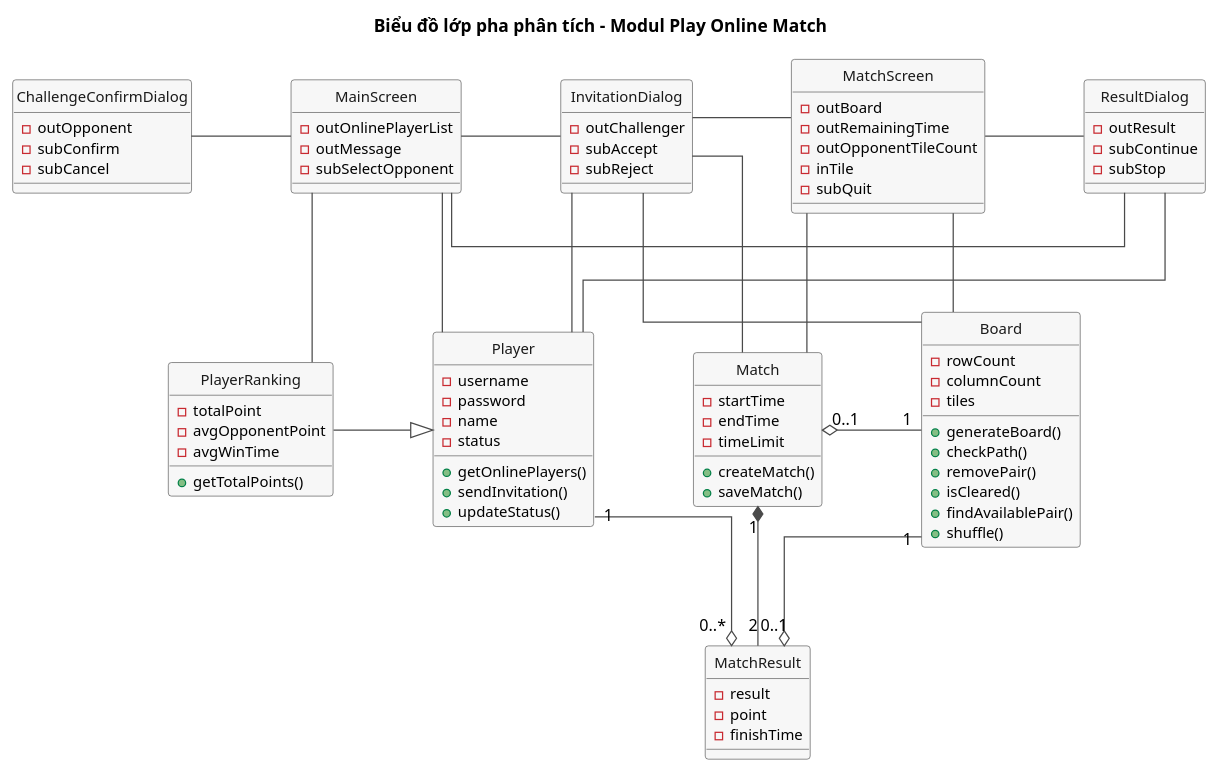
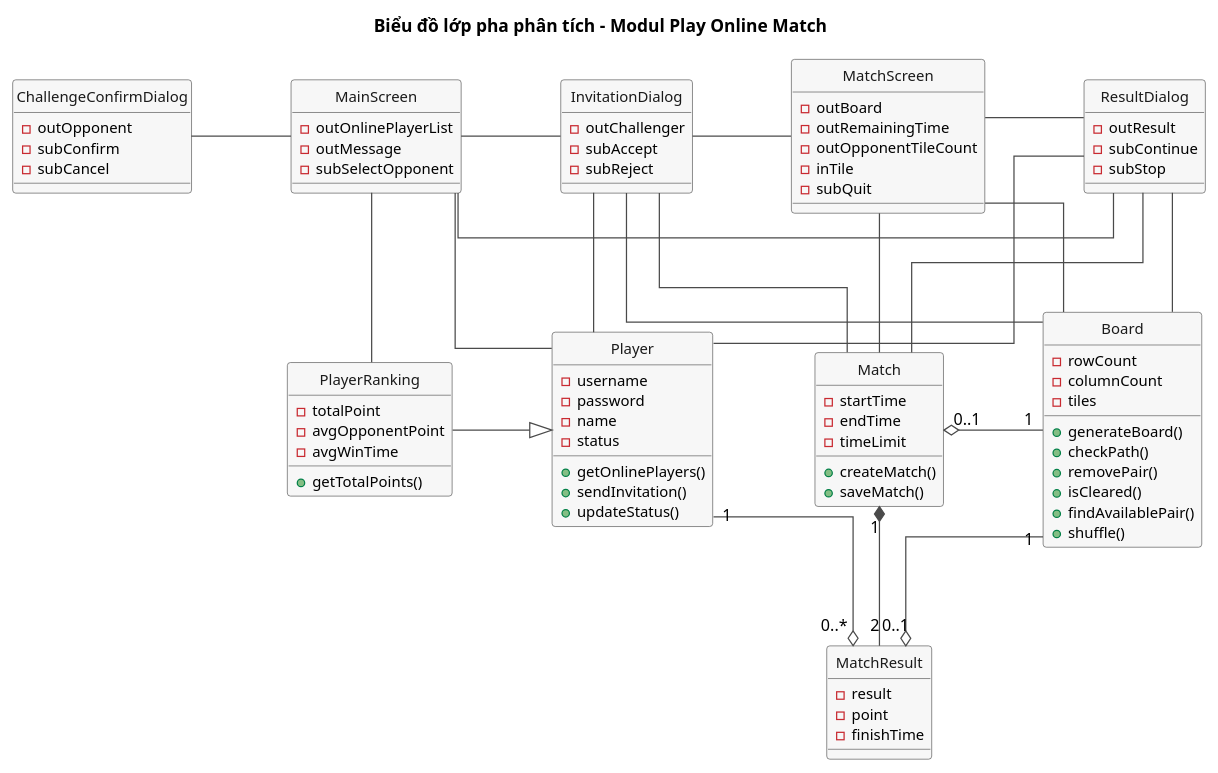
The diagram in docs/uml/pha2/class-analysis-m4.puml (VattenL/mobile-pikachu), drawn with PlantUML before and after one commit. The commit also changed 31 other files, not shown here.

```diff
--- a/docs/uml/pha2/class-analysis-m4.puml
+++ b/docs/uml/pha2/class-analysis-m4.puml
@@ -1,115 +1,117 @@
 @startuml class-analysis-m4
 title Biểu đồ lớp pha phân tích - Modul Play Online Match
 
 hide circle
 skinparam shadowing false
 skinparam linetype ortho
 skinparam nodesep 80
 skinparam ranksep 80
 skinparam classFontSize 14
 skinparam classAttributeFontSize 12
 skinparam class {
   BackgroundColor #F7F7F7
   BorderColor #4A4A4A
   ArrowColor #4A4A4A
   FontColor #1A1A1A
 }
 
 ' ===== Tang 1: lop bien =====
 class MainScreen {
   - outOnlinePlayerList
   - outMessage
   - subSelectOpponent
 }
 
 class ChallengeConfirmDialog {
   - outOpponent
   - subConfirm
   - subCancel
 }
 
 class InvitationDialog {
   - outChallenger
   - subAccept
   - subReject
 }
 
 class MatchScreen {
   - outBoard
   - outRemainingTime
   - outOpponentTileCount
   - inTile
   - subQuit
 }
 
 class ResultDialog {
   - outResult
   - subContinue
   - subStop
 }
 
 ' ===== Tang 2: lop thuc the =====
 class Player {
   - username
   - password
   - name
   - status
   + getOnlinePlayers()
   + sendInvitation()
   + updateStatus()
 }
 
 class PlayerRanking {
   - totalPoint
   - avgOpponentPoint
   - avgWinTime
   + getTotalPoints()
 }
 
 class Board {
   - rowCount
   - columnCount
   - tiles
   + generateBoard()
   + checkPath()
   + removePair()
   + isCleared()
   + findAvailablePair()
   + shuffle()
 }
 
 class Match {
   - startTime
   - endTime
   - timeLimit
   + createMatch()
   + saveMatch()
 }
 
 class MatchResult {
   - result
   - point
   - finishTime
 }
 
 MainScreen -left- ChallengeConfirmDialog
 MainScreen -right- InvitationDialog
 InvitationDialog -right- MatchScreen
 MatchScreen -right- ResultDialog
 ResultDialog -[norank]- MainScreen
 
 MainScreen -down- Player
 MainScreen -down- PlayerRanking
 InvitationDialog -down- Board
 InvitationDialog -down- Match
 InvitationDialog -down- Player
 MatchScreen -down- Board
 MatchScreen -down- Match
 ResultDialog -down- Player
+ResultDialog -down- Board
+ResultDialog -down- Match
 
 Player "1" -[norank]-o "0..*" MatchResult
 Match "1" *-down- "2" MatchResult
 Match "0..1" o-right- "1" Board
 MatchResult "0..1" o-[norank]- "1" Board
 PlayerRanking -[norank]-|> Player
 @enduml
```
